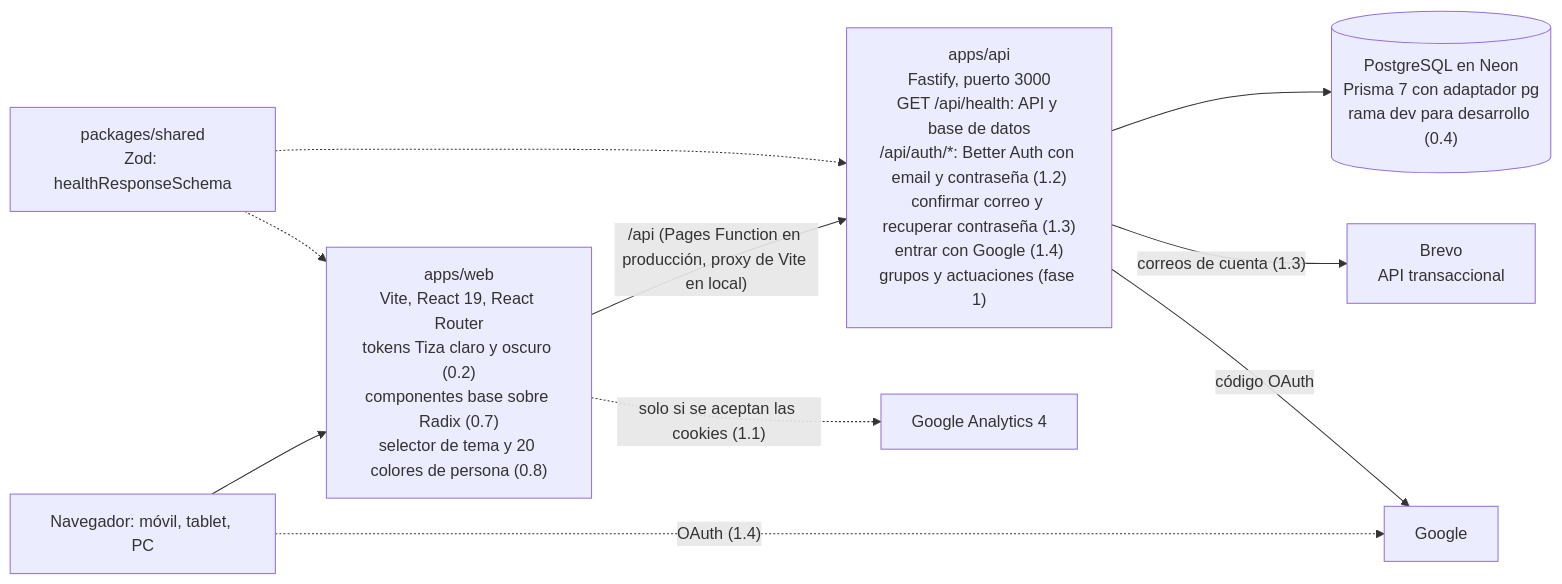
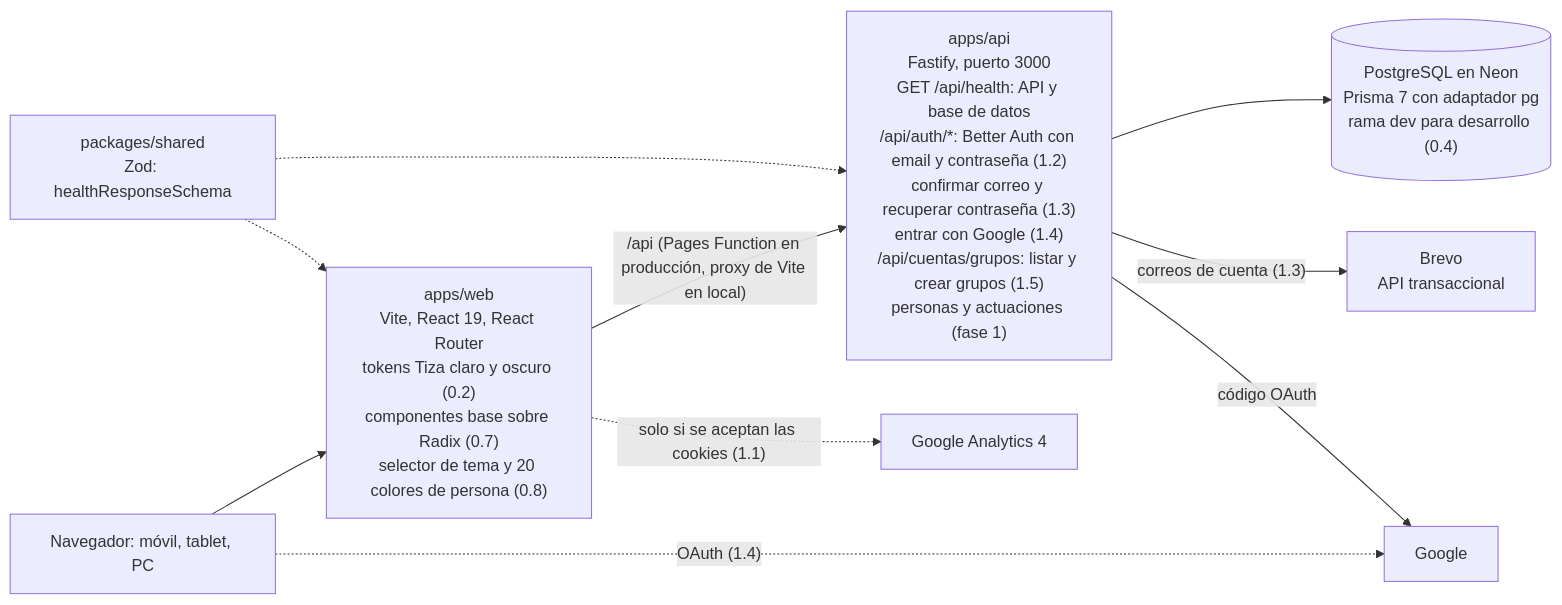
One commit to juananmgz/cuadrocorrocalle changed the diagram in documentation/architecture.md. Above: the diagram before and after it, drawn with Mermaid. The commit also changed 30 other files, not shown here.

````diff
--- a/documentation/architecture.md
+++ b/documentation/architecture.md
@@ -7,12 +7,12 @@
 ```mermaid
 flowchart LR
   U["Navegador: móvil, tablet, PC"] --> W["apps/web<br>Vite, React 19, React Router<br>tokens Tiza claro y oscuro (0.2)<br>componentes base sobre Radix (0.7)<br>selector de tema y 20 colores de persona (0.8)"]
-  W -->|"/api (Pages Function en producción, proxy de Vite en local)"| A["apps/api<br>Fastify, puerto 3000<br>GET /api/health: API y base de datos<br>/api/auth/*: Better Auth con email y contraseña (1.2)<br>confirmar correo y recuperar contraseña (1.3)<br>entrar con Google (1.4)<br>grupos y actuaciones (fase 1)"]
+  W -->|"/api (Pages Function en producción, proxy de Vite en local)"| A["apps/api<br>Fastify, puerto 3000<br>GET /api/health: API y base de datos<br>/api/auth/*: Better Auth con email y contraseña (1.2)<br>confirmar correo y recuperar contraseña (1.3)<br>entrar con Google (1.4)<br>/api/cuentas/grupos: listar y crear grupos (1.5)<br>personas y actuaciones (fase 1)"]
   A --> D[("PostgreSQL en Neon<br>Prisma 7 con adaptador pg<br>rama dev para desarrollo (0.4)")]
   W -.->|"solo si se aceptan las cookies (1.1)"| GA["Google Analytics 4"]
   A -->|"correos de cuenta (1.3)"| BR["Brevo<br>API transaccional"]
   U -.->|"OAuth (1.4)"| GO["Google"]
   A -->|"código OAuth"| GO
   S["packages/shared<br>Zod: healthResponseSchema"] -.-> W
   S -.-> A
 ```
````
